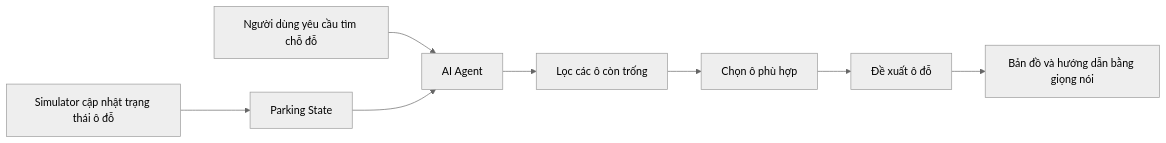
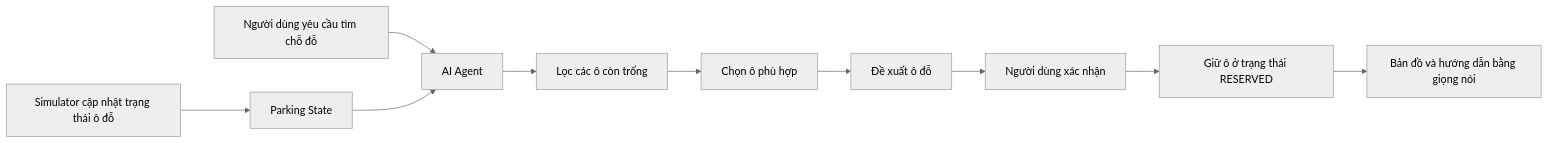
One commit to Ngducanh05/T-152 changed the second of 6 diagrams in docs/parksmart-ai-workflows.md. Above: the diagram before and after it, drawn with Mermaid (neutral theme). The commit also changed other lines of this file and 3 other files, not shown here.

````diff
--- a/docs/parksmart-ai-workflows.md
+++ b/docs/parksmart-ai-workflows.md
@@ -47,10 +47,12 @@
 ```mermaid
 flowchart LR
     A[Simulator cập nhật trạng thái ô đỗ] --> B[Parking State]
     C[Người dùng yêu cầu tìm chỗ đỗ] --> D[AI Agent]
     B --> D
     D --> E[Lọc các ô còn trống]
     E --> F[Chọn ô phù hợp]
     F --> G[Đề xuất ô đỗ]
-    G --> H[Bản đồ và hướng dẫn bằng giọng nói]
+    G --> I[Người dùng xác nhận]
+    I --> R[Giữ ô ở trạng thái RESERVED]
+    R --> H[Bản đồ và hướng dẫn bằng giọng nói]
 ```
````
